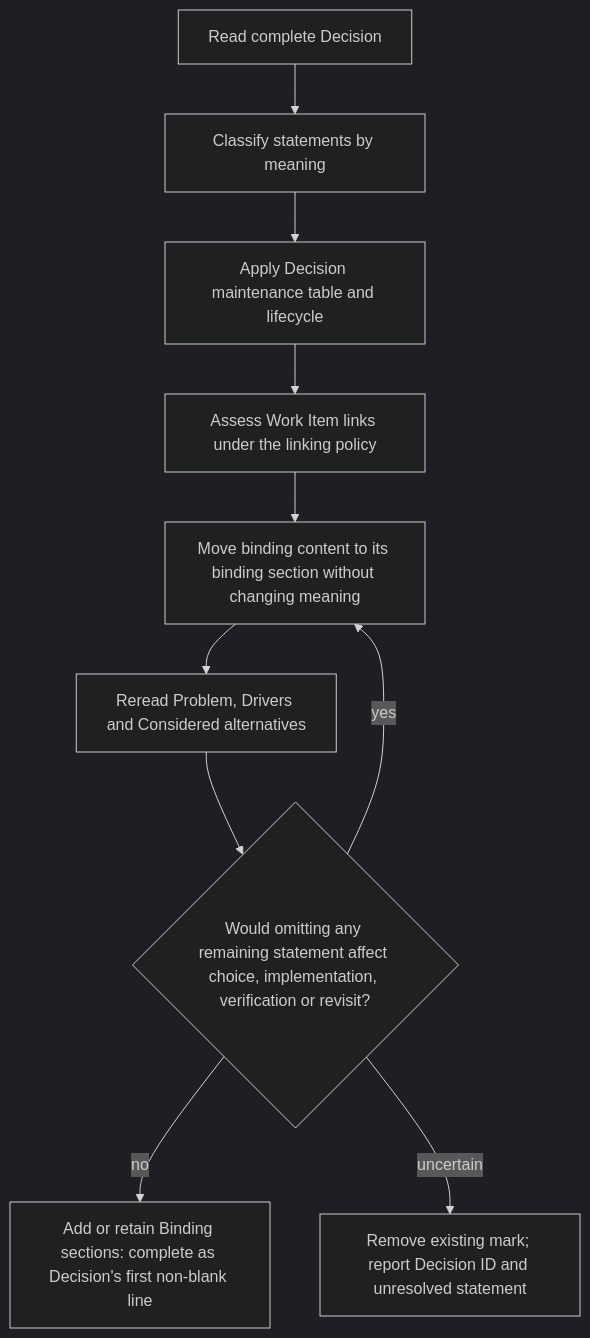
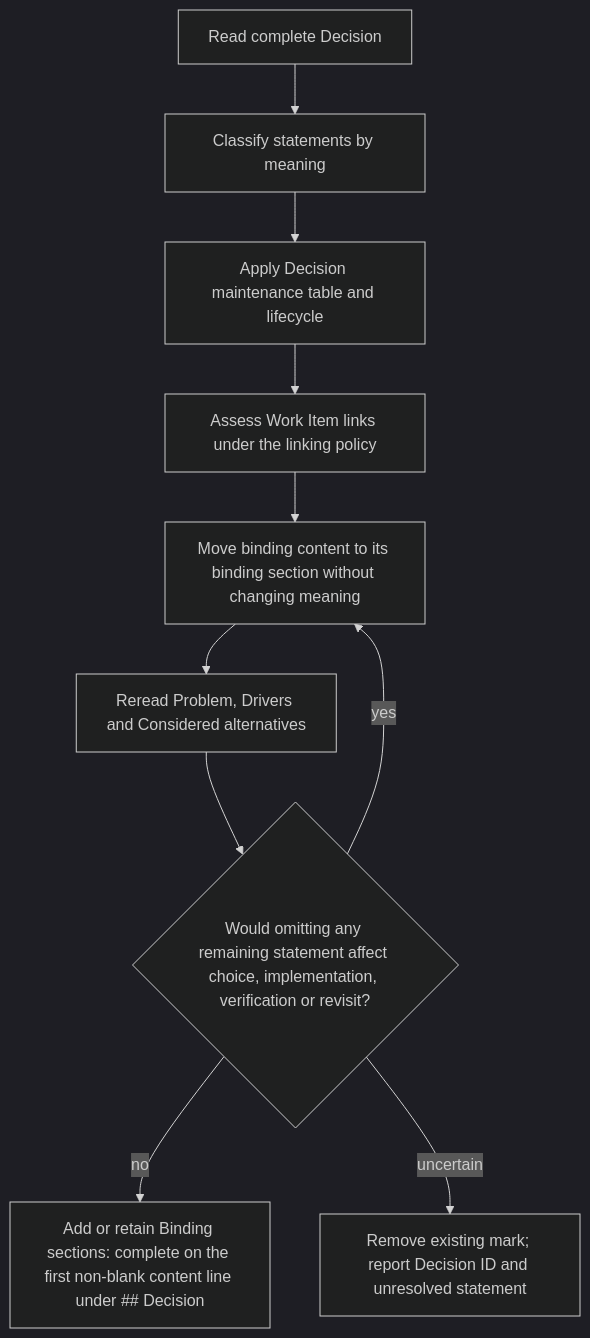
Before and after one commit to benjaminstelzer/scoville-suite: the diagram in members/scoville-plan/scoville-plan/references/repair.md, drawn with Mermaid (dark theme). The commit also changed other lines of this file and 152 other files, not shown here.

````diff
--- a/members/scoville-plan/scoville-plan/references/repair.md
+++ b/members/scoville-plan/scoville-plan/references/repair.md
@@ -112,12 +107,12 @@
   ```mermaid
   flowchart TD
     read["Read complete Decision"] --> classify["Classify statements by meaning"]
     classify --> lifecycle["Apply Decision maintenance table and lifecycle"]
     lifecycle --> links["Assess Work Item links under the linking policy"]
     links --> move["Move binding content to its binding section without changing meaning"]
     move --> reread["Reread Problem, Drivers and Considered alternatives"]
     reread --> background{"Would omitting any remaining statement affect choice, implementation, verification or revisit?"}
     background -->|yes| move
-    background -->|no| mark["Add or retain Binding sections: complete as Decision's first non-blank line"]
+    background -->|no| mark["Add or retain Binding sections: complete on the first non-blank content line under ## Decision"]
     background -->|uncertain| unmark["Remove existing mark; report Decision ID and unresolved statement"]
   ```
````
